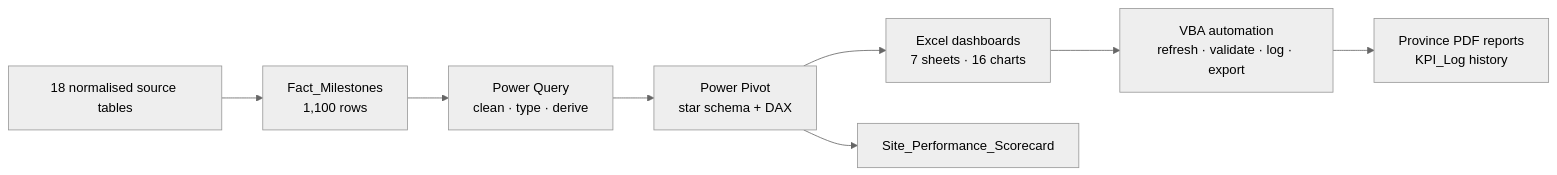
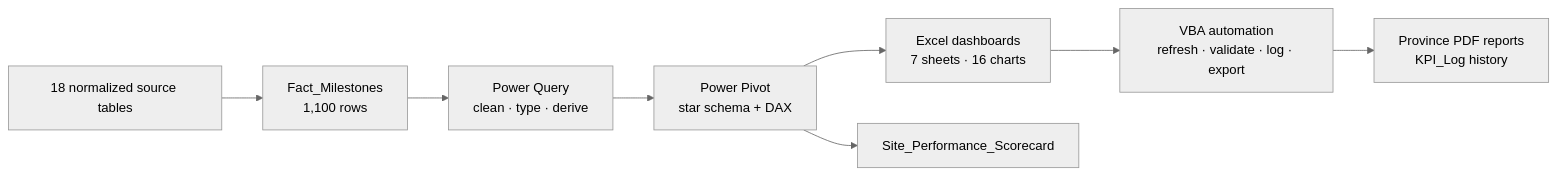
One commit to fmunoz333/executive_project_control_dashboard changed the first of 2 diagrams in README.md. Above: the diagram before and after it, drawn with Mermaid (neutral theme). The commit also changed other lines of this file, not shown here.

````diff
--- a/README.md
+++ b/README.md
@@ -43,10 +91,10 @@
 ```mermaid
 flowchart LR
-    A[18 normalised source tables] --> B[Fact_Milestones<br/>1,100 rows]
+    A[18 normalized source tables] --> B[Fact_Milestones<br/>1,100 rows]
     B --> C[Power Query<br/>clean · type · derive]
     C --> D[Power Pivot<br/>star schema + DAX]
     D --> E[Excel dashboards<br/>7 sheets · 16 charts]
     E --> F[VBA automation<br/>refresh · validate · log · export]
     D --> G[Site_Performance_Scorecard]
     F --> H[Province PDF reports<br/>KPI_Log history]
 ```
````
